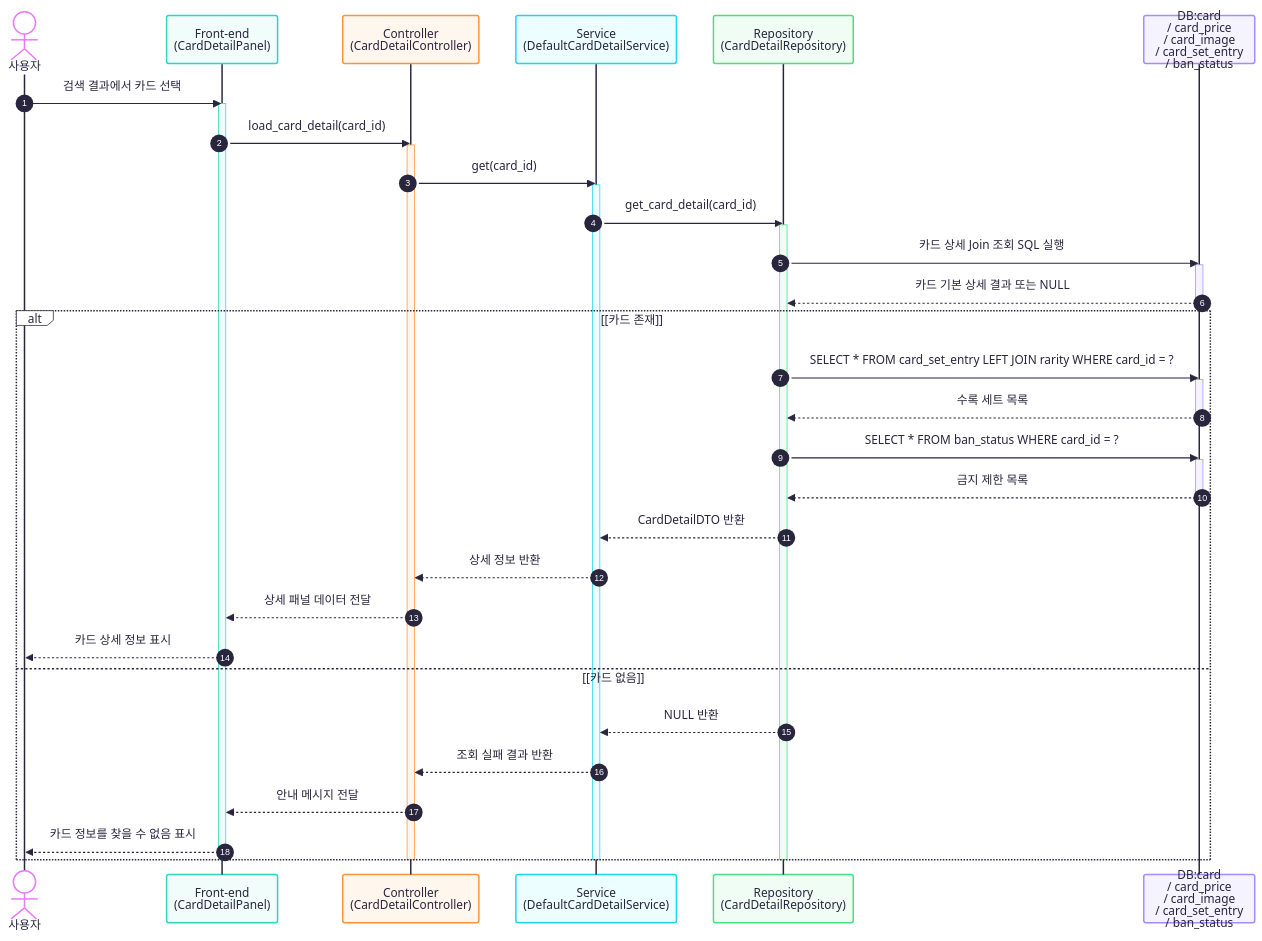
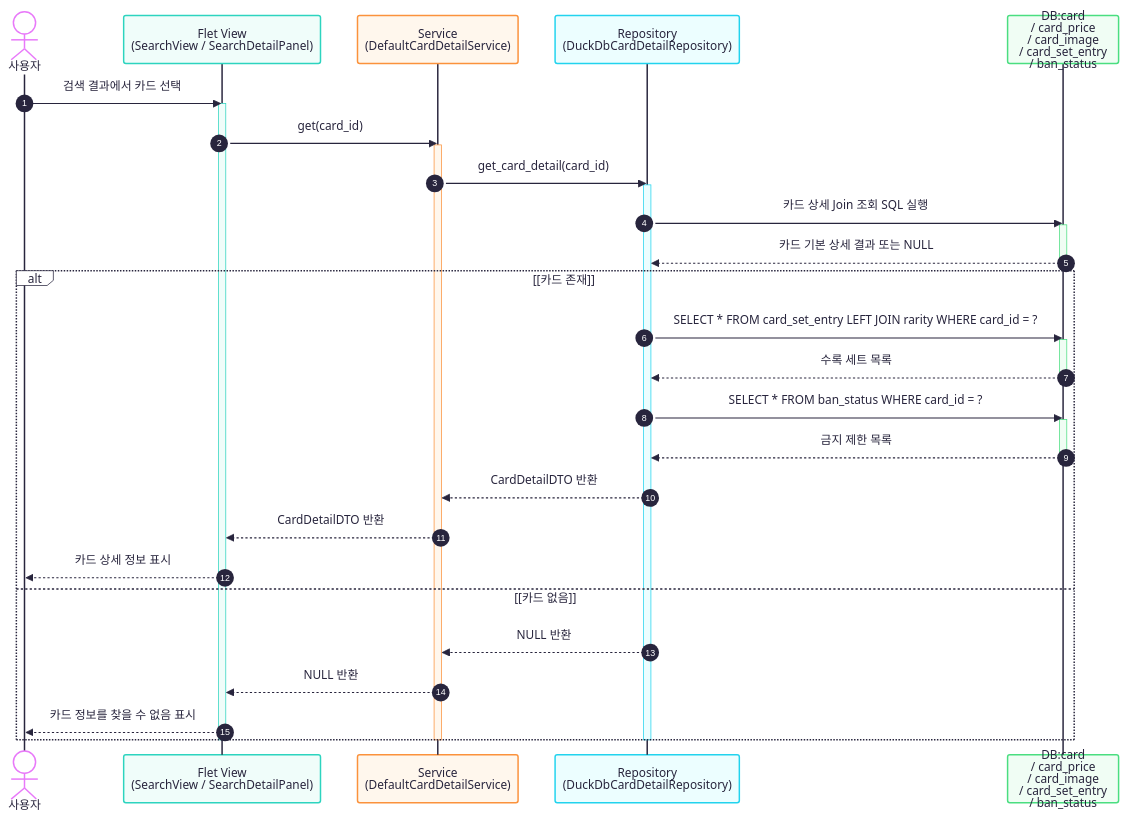
The diagram in docs/mermaid/06_seq_uc03_card_detail.mmd (jsh42672/db_02_duckdb), drawn with Mermaid before and after one commit. The commit also changed 47 other files, not shown here.

```diff
--- a/docs/mermaid/06_seq_uc03_card_detail.mmd
+++ b/docs/mermaid/06_seq_uc03_card_detail.mmd
@@ -1,54 +1,48 @@
 ---
 config:
   theme: redux-color
 ---
 sequenceDiagram
     autonumber
 
     actor User as 사용자
-    participant FE as Front-end<br/>(CardDetailPanel)
-    participant Ctrl as Controller<br/>(CardDetailController)
+    participant FE as Flet View<br/>(SearchView / SearchDetailPanel)
     participant Svc as Service<br/>(DefaultCardDetailService)
-    participant Repo as Repository<br/>(CardDetailRepository)
+    participant Repo as Repository<br/>(DuckDbCardDetailRepository)
     participant DB as DB:card<br/>/ card_price<br/>/ card_image<br/>/ card_set_entry<br/>/ ban_status
 
     User->>FE: 검색 결과에서 카드 선택
     activate FE
-    FE->>Ctrl: load_card_detail(card_id)
-    activate Ctrl
-    Ctrl->>Svc: get(card_id)
+    FE->>Svc: get(card_id)
     activate Svc
 
     Svc->>Repo: get_card_detail(card_id)
     activate Repo
     Repo->>DB: 카드 상세 Join 조회 SQL 실행
     activate DB
     DB-->>Repo: 카드 기본 상세 결과 또는 NULL
     deactivate DB
 
     alt [카드 존재]
         Repo->>DB: SELECT * FROM card_set_entry LEFT JOIN rarity WHERE card_id = ?
         activate DB
         DB-->>Repo: 수록 세트 목록
         deactivate DB
 
         Repo->>DB: SELECT * FROM ban_status WHERE card_id = ?
         activate DB
         DB-->>Repo: 금지 제한 목록
         deactivate DB
 
         Repo-->>Svc: CardDetailDTO 반환
-        Svc-->>Ctrl: 상세 정보 반환
-        Ctrl-->>FE: 상세 패널 데이터 전달
+        Svc-->>FE: CardDetailDTO 반환
         FE-->>User: 카드 상세 정보 표시
     else [카드 없음]
         Repo-->>Svc: NULL 반환
-        Svc-->>Ctrl: 조회 실패 결과 반환
-        Ctrl-->>FE: 안내 메시지 전달
+        Svc-->>FE: NULL 반환
         FE-->>User: 카드 정보를 찾을 수 없음 표시
     end
 
     deactivate Repo
     deactivate Svc
-    deactivate Ctrl
     deactivate FE
```
